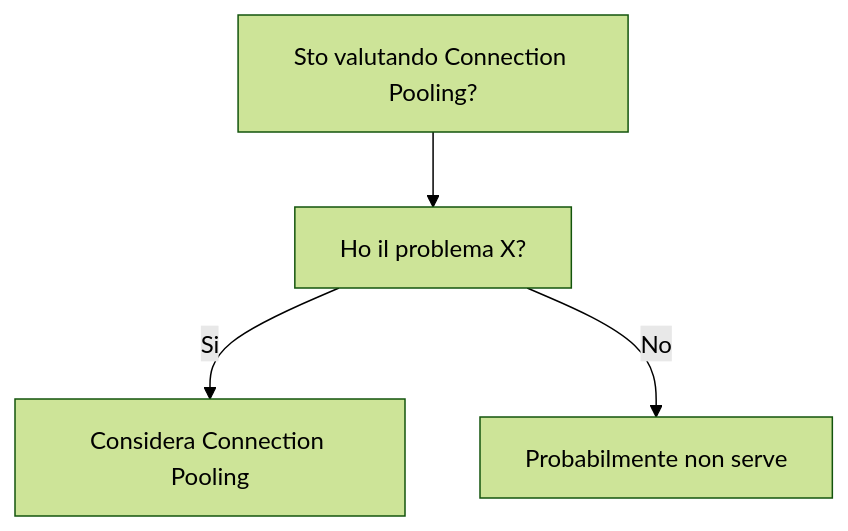
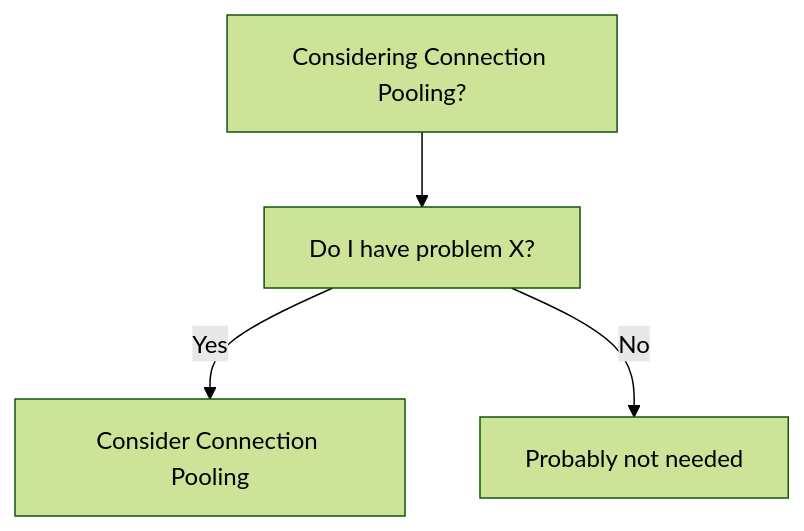
The diagram in dev-wiki/06_Data_Storage/Connection_Pooling/When_To_Use.md (HxT9/Software-Dev-Wiki), drawn with Mermaid (forest theme) before and after one commit. The commit also changed other lines of this file and 3444 other files, not shown here.

````diff
--- a/dev-wiki/06_Data_Storage/Connection_Pooling/When_To_Use.md
+++ b/dev-wiki/06_Data_Storage/Connection_Pooling/When_To_Use.md
@@ -19,6 +19,6 @@
 ```mermaid
 flowchart TD
-  Q[Sto valutando Connection Pooling?] --> Q1[Ho il problema X?]
-  Q1 -->|Si| OK[Considera Connection Pooling]
-  Q1 -->|No| NO[Probabilmente non serve]
+  Q[Considering Connection Pooling?] --> Q1[Do I have problem X?]
+  Q1 -->|Yes| OK[Consider Connection Pooling]
+  Q1 -->|No| NO[Probably not needed]
 ```
````
